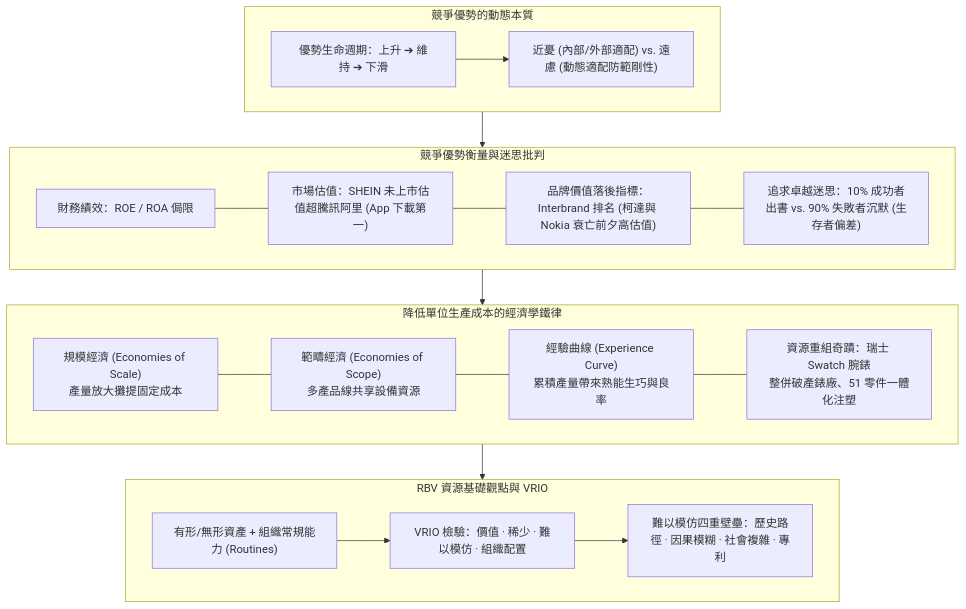
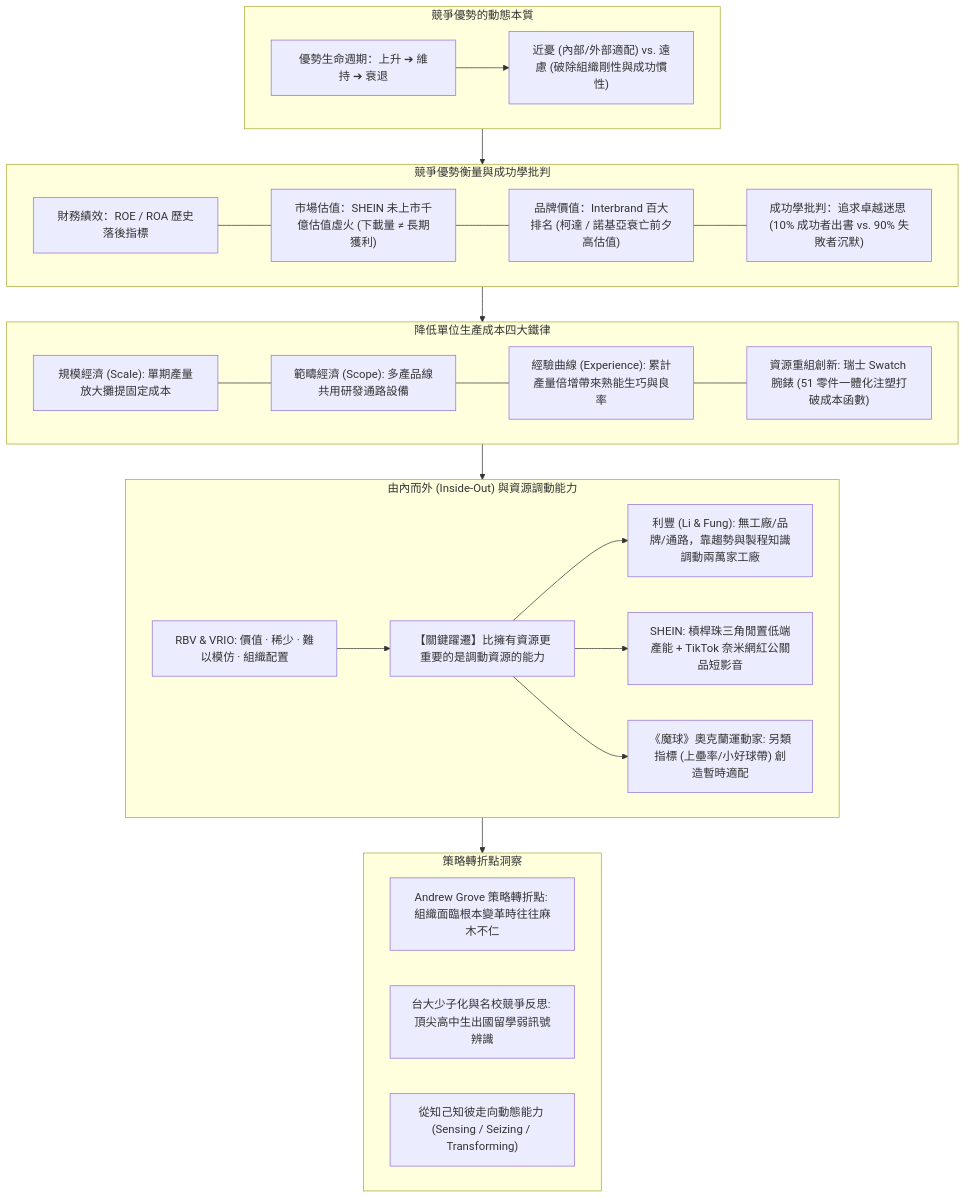
Before and after one commit to Jimlin0428/my-digital-garden: the diagram in src/site/notes/02_核心必修/04_策略管理/02_模組筆記/Module_2_企業能耐與事業策略/M2-1_資源能力與競爭優勢.md, drawn with Mermaid. The commit also changed other lines of this file and 19 other files, not shown here.

````diff
--- a/src/site/notes/02_核心必修/04_策略管理/02_模組筆記/Module_2_企業能耐與事業策略/M2-1_資源能力與競爭優勢.md
+++ b/src/site/notes/02_核心必修/04_策略管理/02_模組筆記/Module_2_企業能耐與事業策略/M2-1_資源能力與競爭優勢.md
@@ -19,35 +19,44 @@
 ```mermaid
 flowchart TD
-    subgraph Advantage_Core["競爭優勢的動態本質"]
-        A1["優勢生命週期：上升 ➔ 維持 ➔ 下滑"]
-        A2["近憂 (內部/外部適配) vs. 遠慮 (動態適配防範剛性)"]
-        A1 --> A2
-    end
+  subgraph Advantage_Cycle["競爭優勢的動態本質"]
+    A1["優勢生命週期：上升 ➔ 維持 ➔ 衰退"]
+    A2["近憂 (內部/外部適配) vs. 遠慮 (破除組織剛性與成功慣性)"]
+    A1 --> A2
+  end
 
-    subgraph Metrics_Debunk["競爭優勢衡量與迷思批判"]
-        M1["財務績效：ROE / ROA 侷限"]
-        M2["市場估值：SHEIN 未上市估值超騰訊阿里 (App 下載第一)"]
-        M3["品牌價值落後指標：Interbrand 排名 (柯達與 Nokia 衰亡前夕高估值)"]
-        M4["追求卓越迷思：10% 成功者出書 vs. 90% 失敗者沉默 (生存者偏差)"]
-        M1 --- M2 --- M3 --- M4
-    end
+  subgraph Metrics_Debunk["競爭優勢衡量與成功學批判"]
+    M1["財務績效：ROE / ROA 歷史落後指標"]
+    M2["市場估值：SHEIN 未上市千億估值虛火 (下載量 ≠ 長期獲利)"]
+    M3["品牌價值：Interbrand 百大排名 (柯達 / 諾基亞衰亡前夕高估值)"]
+    M4["成功學批判：追求卓越迷思 (10% 成功者出書 vs. 90% 失敗者沉默)"]
+    M1 --- M2 --- M3 --- M4
+  end
 
-    subgraph Cost_Economics["降低單位生產成本的經濟學鐵律"]
-        C1["規模經濟 (Economies of Scale)<br>產量放大攤提固定成本"]
-        C2["範疇經濟 (Economies of Scope)<br>多產品線共享設備資源"]
-        C3["經驗曲線 (Experience Curve)<br>累積產量帶來熟能生巧與良率"]
-        C4["資源重組奇蹟：瑞士 Swatch 腕錶<br>整併破產錶廠、51 零件一體化注塑"]
-        C1 --- C2 --- C3 --- C4
-    end
+  subgraph Cost_Economics["降低單位生產成本四大鐵律"]
+    C1["規模經濟 (Scale): 單期產量放大攤提固定成本"]
+    C2["範疇經濟 (Scope): 多產品線共用研發通路設備"]
+    C3["經驗曲線 (Experience): 累計產量倍增帶來熟能生巧與良率"]
+    C4["資源重組創新: 瑞士 Swatch 腕錶 (51 零件一體化注塑打破成本函數)"]
+    C1 --- C2 --- C3 --- C4
+  end
 
-    subgraph RBV_VRIO["RBV 資源基礎觀點與 VRIO"]
-        R1["有形/無形資產 + 組織常規能力 (Routines)"]
-        R2["VRIO 檢驗：價值 · 稀少 · 難以模仿 · 組織配置"]
-        R3["難以模仿四重壁壘：歷史路徑 · 因果模糊 · 社會複雜 · 專利"]
-        R1 --> R2 --> R3
-    end
+  subgraph RBV_and_Leverage["由內而外 (Inside-Out) 與資源調動能力"]
+    R1["RBV & VRIO: 價值 · 稀少 · 難以模仿 · 組織配置"]
+    R2["【關鍵躍遷】比擁有資源更重要的是調動資源的能力"]
+    R3["利豐 (Li & Fung): 無工廠/品牌/通路，靠趨勢與製程知識調動兩萬家工廠"]
+    R4["SHEIN: 槓桿珠三角閒置低端產能 + TikTok 奈米網紅公關品短影音"]
+    R5["《魔球》奧克蘭運動家: 另類指標 (上壘率/小好球帶) 創造暫時適配"]
+    R1 --> R2 --> R3 & R4 & R5
+  end
 
-    Advantage_Core --> Metrics_Debunk
-    Metrics_Debunk --> Cost_Economics
-    Cost_Economics --> RBV_VRIO
+  subgraph Strategic_Inflection["策略轉折點洞察"]
+    SI1["Andrew Grove 策略轉折點: 組織面臨根本變革時往往麻木不仁"]
+    SI2["台大少子化與名校競爭反思: 頂尖高中生出國留學弱訊號辨識"]
+    SI3["從知己知彼走向動態能力 (Sensing / Seizing / Transforming)"]
+  end
+
+  Advantage_Cycle --> Metrics_Debunk
+  Metrics_Debunk --> Cost_Economics
+  Cost_Economics --> RBV_and_Leverage
+  RBV_and_Leverage --> Strategic_Inflection
 ```
````
